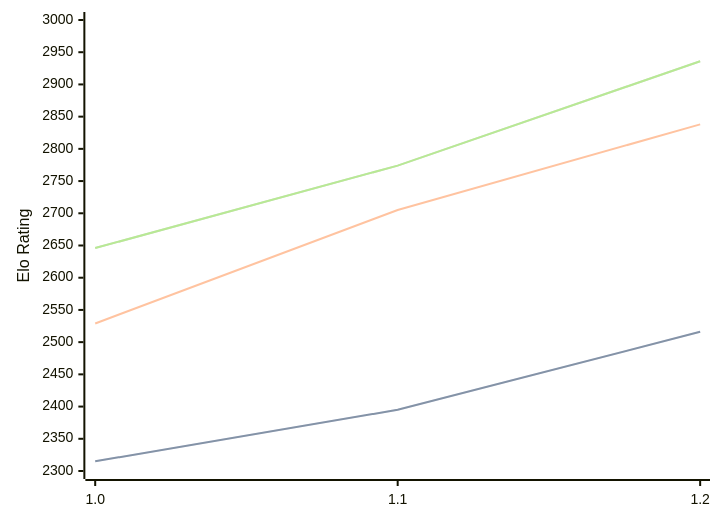
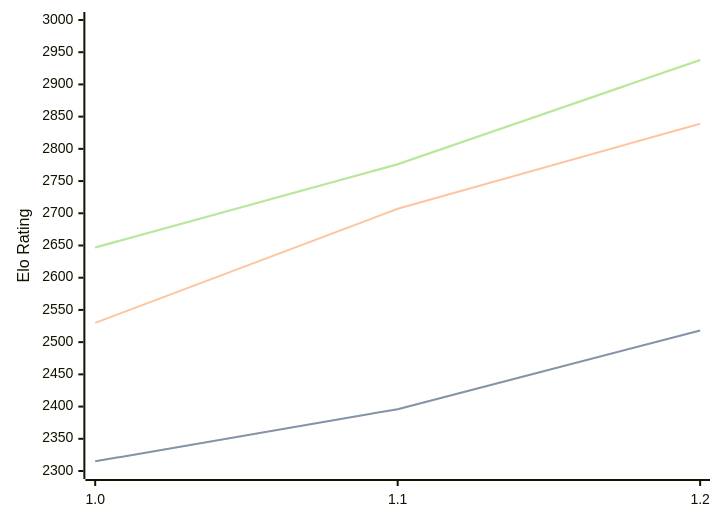
One commit to computer-chess-index/cci changed the diagram in engines/FoxChess.md. Above: the diagram before and after it, drawn with Mermaid. The commit also changed other lines of this file, not shown here.

Commit message:
Update CCI Ratings (ELO VLTC) - 2026-08-26

````diff
--- a/engines/FoxChess.md
+++ b/engines/FoxChess.md
@@ -33,11 +33,11 @@
 ```mermaid
 %%{init: {"theme":"base","themeVariables":{"seriesColors:['#a3a3a3','#222221','#faa371']}}}%%
 xychart-beta
   x-axis ["1.0", "1.1", "1.2"]
   y-axis "Elo Rating" 2300 --> 3000
-  line "STC (8.0+0.08s)" [2315, 2395, 2516]
-  line "STC (8.0+0.08s)" [2315, 2395, 2516]
-  line "LTC (60.0+0.60s)" [2529, 2705, 2838]
-  line "VLTC (2m24s+1.12s)" [2646, 2774, 2936]
-  line "VLTC (2m24s+1.12s)" [2646, 2774, 2936]
+  line "STC (8.0+0.08s)" [2315, 2396, 2518]
+  line "STC (8.0+0.08s)" [2315, 2396, 2518]
+  line "LTC (60.0+0.60s)" [2530, 2707, 2839]
+  line "VLTC (2m24s+1.12s)" [2647, 2776, 2938]
+  line "VLTC (2m24s+1.12s)" [2647, 2776, 2938]
 ```
````
